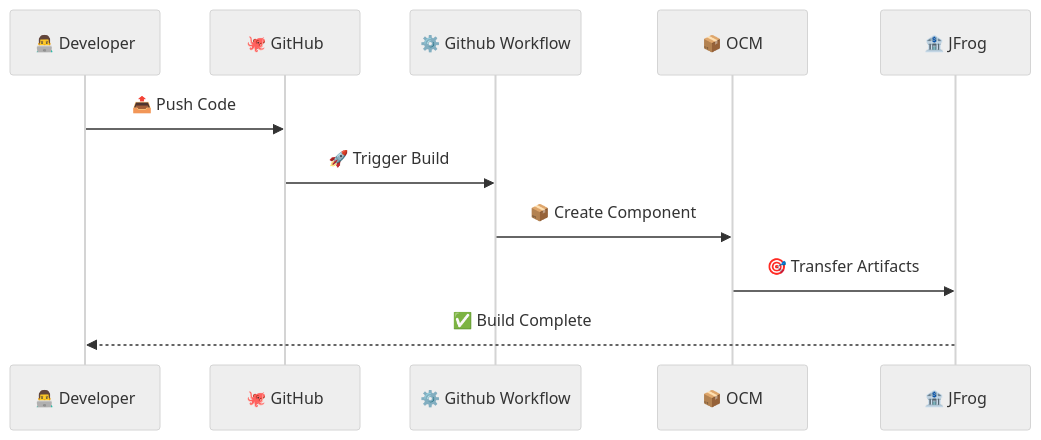
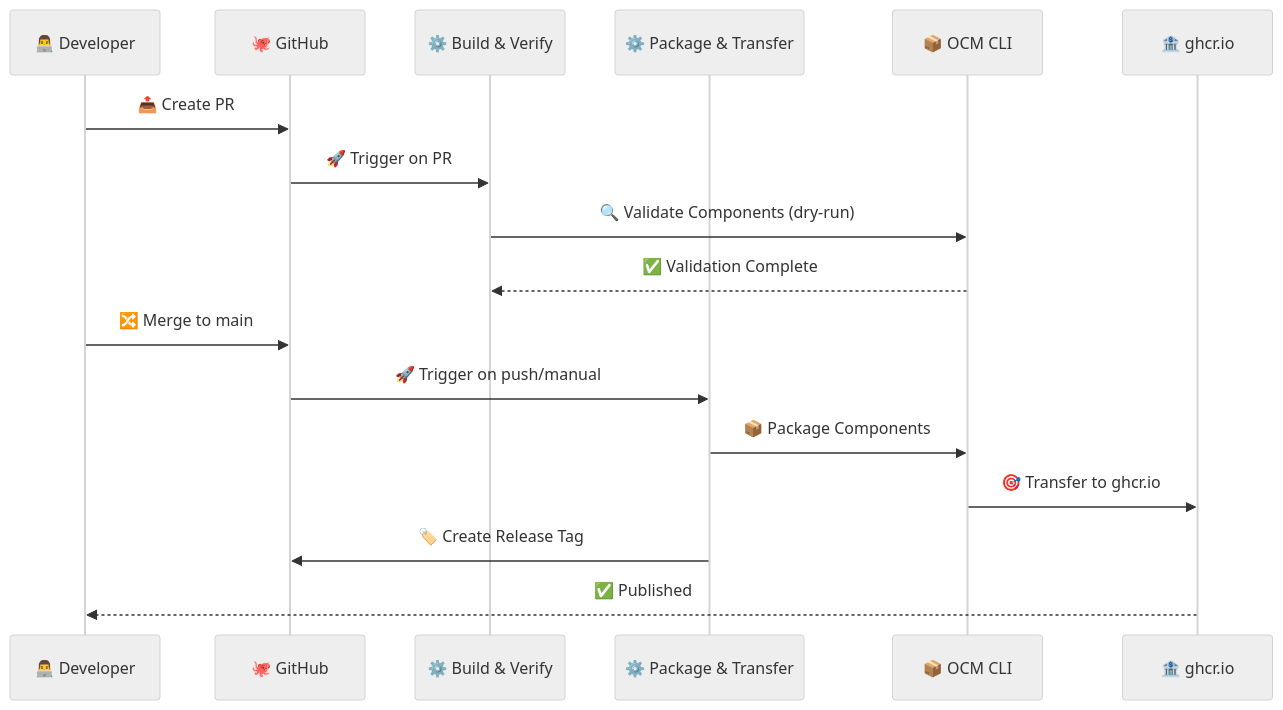
One commit to platform-mesh/samples-opendesk-ocm-landscaper changed the third of 5 diagrams in README.md. Above: the diagram before and after it, drawn with Mermaid (neutral theme). The commit also changed other lines of this file, not shown here.

````diff
--- a/README.md
+++ b/README.md
@@ -172,14 +178,20 @@
 ```mermaid
 sequenceDiagram
     participant Dev as 👨‍💻 Developer
     participant GH as 🐙 GitHub
-    participant GithubWorkflow as ⚙️ Github Workflow
-    participant OCM as 📦 OCM
-    participant JFrog as 🏦 JFrog
+    participant BuildVerify as ⚙️ Build & Verify
+    participant PackageTransfer as ⚙️ Package & Transfer
+    participant OCM as 📦 OCM CLI
+    participant Registry as 🏦 ghcr.io
 
-    Dev->>GH: 📤 Push Code
-    GH->>GithubWorkflow: 🚀 Trigger Build
-    GithubWorkflow->>OCM: 📦 Create Component
-    OCM->>JFrog: 🎯 Transfer Artifacts
-    JFrog-->>Dev: ✅ Build Complete
+    Dev->>GH: 📤 Create PR
+    GH->>BuildVerify: 🚀 Trigger on PR
+    BuildVerify->>OCM: 🔍 Validate Components (dry-run)
+    OCM-->>BuildVerify: ✅ Validation Complete
+    Dev->>GH: 🔀 Merge to main
+    GH->>PackageTransfer: 🚀 Trigger on push/manual
+    PackageTransfer->>OCM: 📦 Package Components
+    OCM->>Registry: 🎯 Transfer to ghcr.io
+    PackageTransfer->>GH: 🏷️ Create Release Tag
+    Registry-->>Dev: ✅ Published
 ```
````
